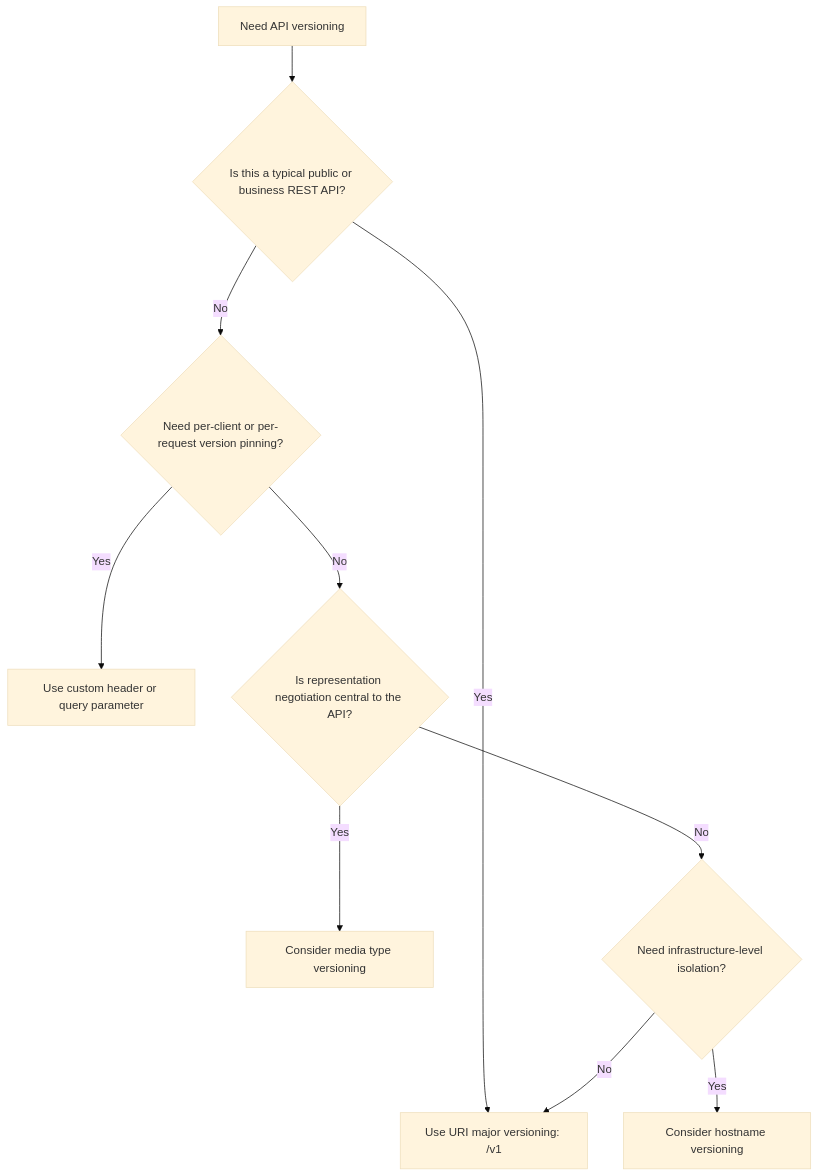
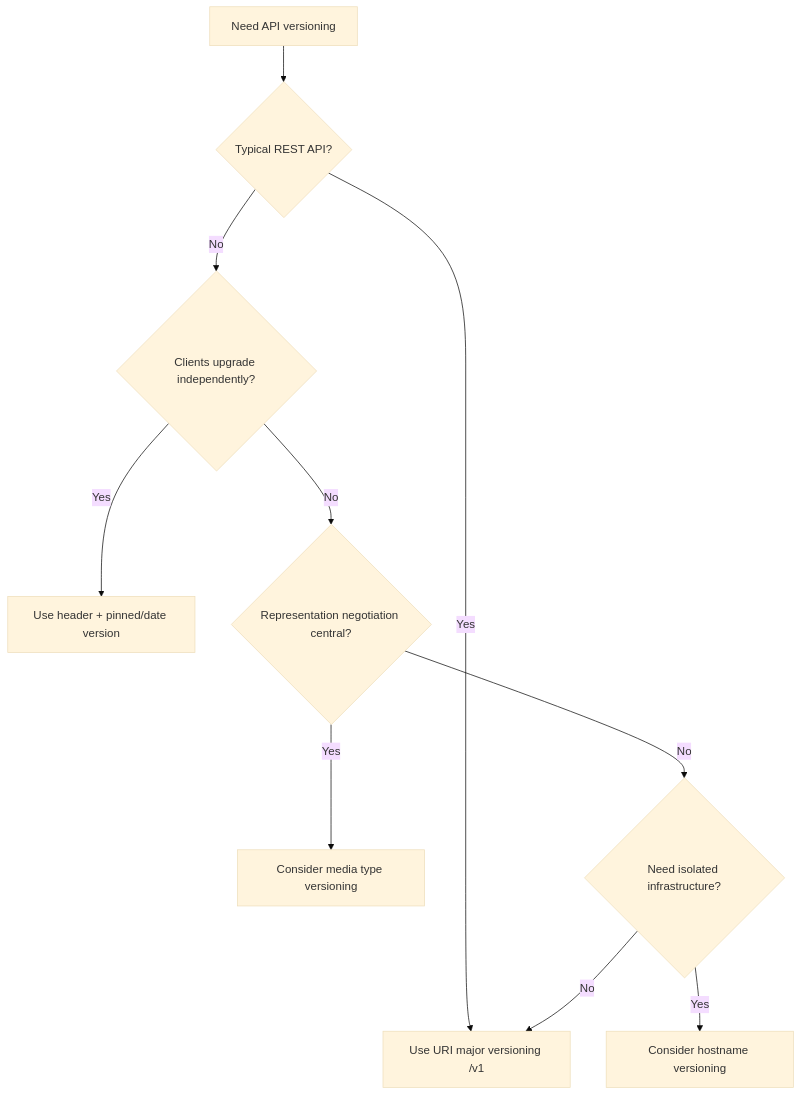
Before and after one commit to AvadhBhalodiya/Interview-Preparation: the second of 5 diagrams in src/content/api-design/api-versioning.md, drawn with Mermaid (base theme). The commit also changed other lines of this file and 54 other files, not shown here.

````diff
--- a/src/content/api-design/api-versioning.md
+++ b/src/content/api-design/api-versioning.md
@@ -21,12 +263,12 @@
 ```mermaid
 flowchart TD
-    A[Need API versioning] --> B{Is this a typical public or business REST API?}
-    B -->|Yes| C[Use URI major versioning: /v1]
-    B -->|No| D{Need per-client or per-request version pinning?}
-    D -->|Yes| E[Use custom header or query parameter]
-    D -->|No| F{Is representation negotiation central to the API?}
+    A[Need API versioning] --> B{Typical REST API?}
+    B -->|Yes| C[Use URI major versioning /v1]
+    B -->|No| D{Clients upgrade independently?}
+    D -->|Yes| E[Use header + pinned/date version]
+    D -->|No| F{Representation negotiation central?}
     F -->|Yes| G[Consider media type versioning]
-    F -->|No| H{Need infrastructure-level isolation?}
+    F -->|No| H{Need isolated infrastructure?}
     H -->|Yes| I[Consider hostname versioning]
     H -->|No| C
 ```
````
